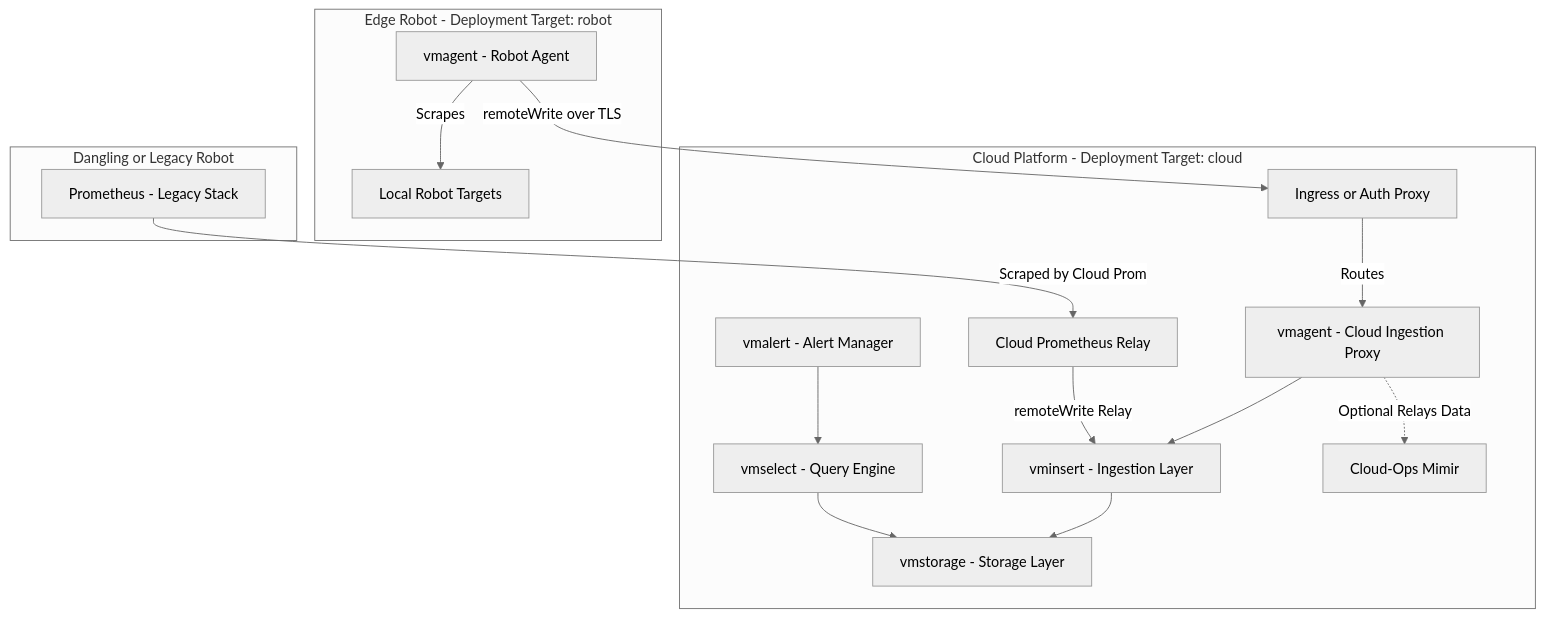
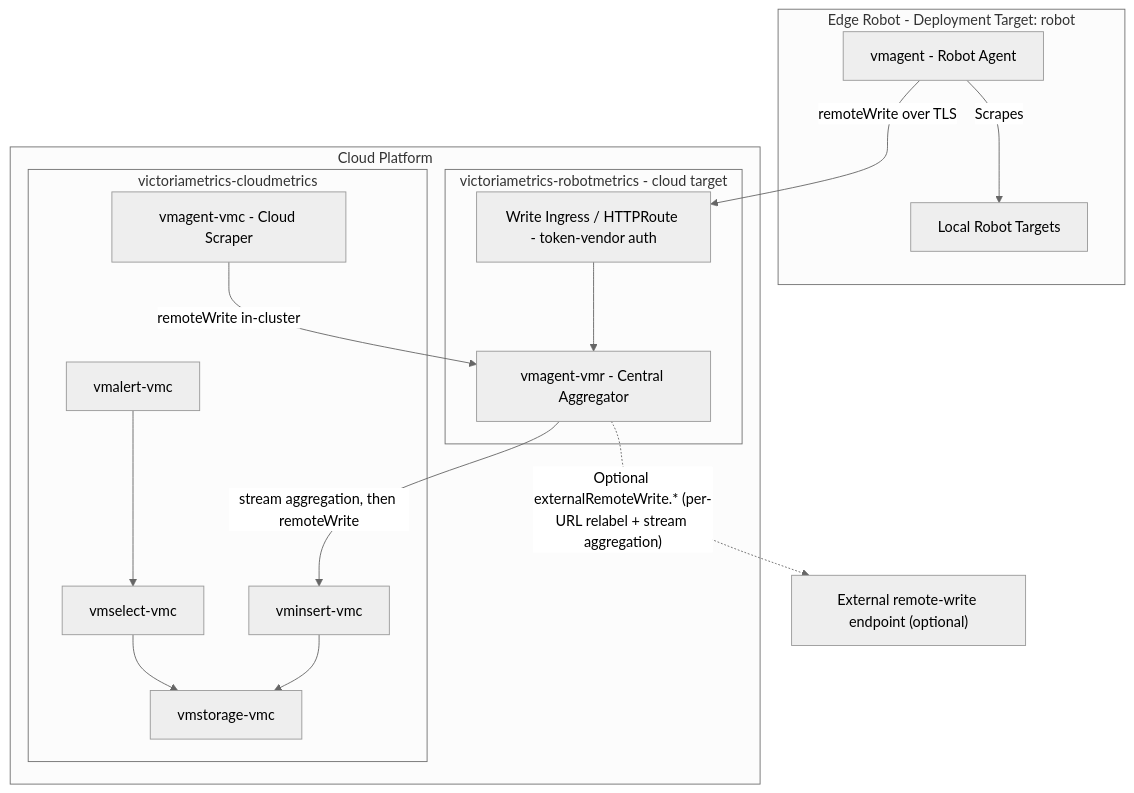
One commit to googlecloudrobotics/core changed the first of 2 diagrams in src/app_charts/victoriametrics/victoriametrics-robotmetrics/README.md. Above: the diagram before and after it, drawn with Mermaid (neutral theme). The commit also changed other lines of this file and 15 other files, not shown here.

Commit message:
consolidate vm clusters in 1 + use vmagent to pipe data from robot -> cloud

````diff
--- a/src/app_charts/victoriametrics/victoriametrics-robotmetrics/README.md
+++ b/src/app_charts/victoriametrics/victoriametrics-robotmetrics/README.md
@@ -18,31 +16,29 @@
 ```mermaid
 flowchart TD
     subgraph EdgeRobot[Edge Robot - Deployment Target: robot]
         RA[vmagent - Robot Agent] -->|Scrapes| RT[Local Robot Targets]
     end
 
-    subgraph LegacyRobot[Dangling or Legacy Robot]
-        LP[Prometheus - Legacy Stack]
-    end
-
-    subgraph CloudPlatform[Cloud Platform - Deployment Target: cloud]
-        CP[Cloud Prometheus Relay]
-        ING[Ingress or Auth Proxy]
-        VMA_PROXY[vmagent - Cloud Ingestion Proxy]
-        VMI[vminsert - Ingestion Layer]
-        VMS[vmstorage - Storage Layer]
-        VMQ[vmselect - Query Engine]
-        VMA[vmalert - Alert Manager]
-
-        ING -->|Routes| VMA_PROXY
-        VMA_PROXY --> VMI
-        VMA_PROXY -.->|Optional Relays Data| Mimir[Cloud-Ops Mimir]
-        VMI --> VMS
-        VMQ --> VMS
-        VMA --> VMQ
+    subgraph CloudPlatform[Cloud Platform]
+        subgraph RobotMetrics[victoriametrics-robotmetrics - cloud target]
+            ING[Write Ingress / HTTPRoute - token-vendor auth]
+            AGG[vmagent-vmr - Central Aggregator]
+        end
+        subgraph CloudMetrics[victoriametrics-cloudmetrics]
+            CA[vmagent-vmc - Cloud Scraper]
+            VMI[vminsert-vmc]
+            VMS[vmstorage-vmc]
+            VMQ[vmselect-vmc]
+            VMA[vmalert-vmc]
+        end
     end
 
     RA -->|remoteWrite over TLS| ING
-    LP -->|Scraped by Cloud Prom| CP
-    CP -->|remoteWrite Relay| VMI
+    ING --> AGG
+    CA -->|remoteWrite in-cluster| AGG
+    AGG -->|stream aggregation, then remoteWrite| VMI
+    AGG -.->|"Optional externalRemoteWrite.* (per-URL relabel + stream aggregation)"| EXT["External remote-write endpoint (optional)"]
+    VMI --> VMS
+    VMQ --> VMS
+    VMA --> VMQ
 ```
````
